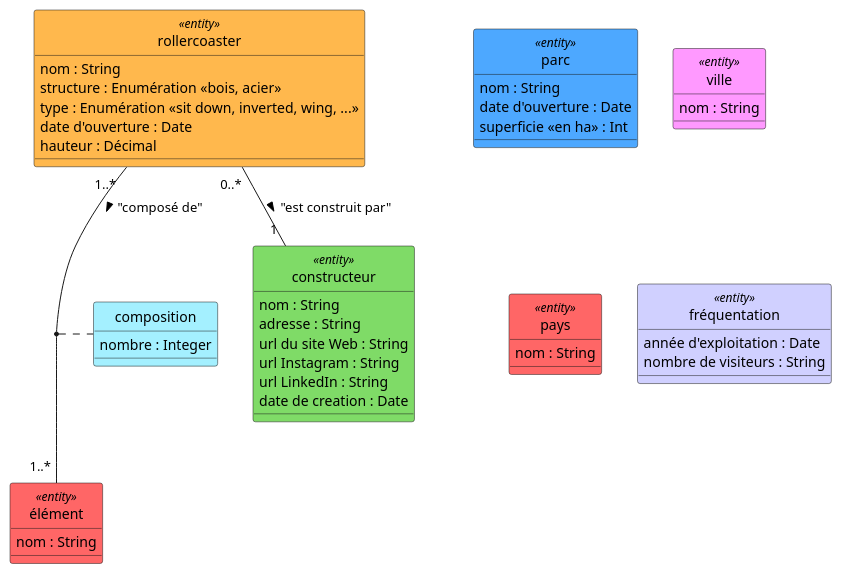
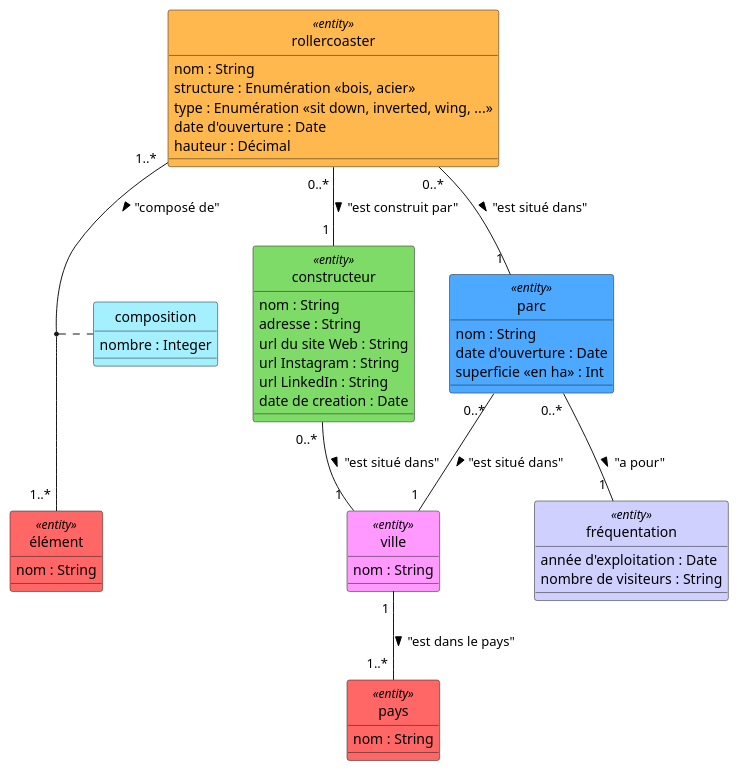
The diagram in MCD eurocoasters (A COMPLETER).puml (Neky547/ECD_Eurocoasters), drawn with PlantUML before and after one commit.

Commit message:
Relations

```diff
--- a/MCD eurocoasters (A COMPLETER).puml
+++ b/MCD eurocoasters (A COMPLETER).puml
@@ -1,85 +1,90 @@
 @startuml
 
 ' Masquer les cercles dans les classes
 hide circle 
 
 ' ---------------------------
 '   Définition des entités 
 ' ---------------------------
 
 entity "rollercoaster"  as rollercoaster <<entity>> #FFB84D {    
     nom : String
     structure : Enumération <<bois, acier>>
     type : Enumération <<sit down, inverted, wing, ...>>
     date d'ouverture : Date
     hauteur : Décimal
 }
 
 entity "constructeur" as constructeur <<entity>> #7FDB67 {    
     nom : String
     adresse : String
     url du site Web : String
     url Instagram : String
     url LinkedIn : String
     date de creation : Date
 }
 
 entity "parc" as parc <<entity>> #4DA8FF {    
     nom : String
     date d'ouverture : Date
     superficie <<en ha>> : Int
 }
 
 entity "ville" as ville <<entity>> #FF99FF {   
     nom : String
 }
 
 entity "pays" as pays <<entity>> #FF6666 {   
     nom : String
 }
 
 entity "élément" as element <<entity>> #FF6666 {    
     nom : String
 }
 
 entity "fréquentation" as frequentation <<entity>> #D0D0FF {    
     année d'exploitation : Date
     nombre de visiteurs : String
 }
 
 ' -------------------------------
 '   Associations (relations)
 ' -------------------------------
 
 ' Un constructeur PEUT NE PAS AVOIR comme PLUSIEURS de rollercoaster, mais avoir d'autres types d'attractions
 ' Un rollercoaster est obligatoirement construit par UN constructeurs.
 rollercoaster  " 0..* "--" 1 " constructeur :  "est construit par" >
 
 ' Un rollercoaster est localisé dans UN parc et un parc peut avoir AUCUN ou PLUSIEURS rollercoasters
 ' A COMPLETER LA RELATION
+rollercoaster " 0..* " -- " 1 " parc : "est situé dans" >
 
 ' Un constructeur est localisé dans UNE ville, une ville peut avoir AUCUN ou PLUSIEURS constructeurs
 ' A COMPLETER LA RELATION
+constructeur " 0..* " -- " 1 " ville : "est situé dans" >
 
 ' Un parc d'attractions est  localisé dans UNE ville, une ville peut avoir AUCUN ou PLUSIEURS parcs d'attractions
 ' A COMPLETER LA RELATION
+parc " 0..* " -- " 1 " ville : "est situé dans" >
 
 ' Un parc n'a pas encore de fréquentation avant la fin de sa 1ère année d'exploitation
 ' Ensuite un par aura PLUSIEURS fréquentations (une par année d'exploitation.)
 ' Une fréquentation est en relation avec UN parc pour UNE année.
 ' A COMPLETER LA RELATION
+parc " 0..* " -- " 1 " frequentation : "a pour" >
 
 ' Une ville à UN unique pays, un pays à UNE ou plusieurs villes
 ' A COMPLETER LA RELATION
+ville " 1 " -- " 1..* " pays : "est dans le pays" >
 
 
 ' Un rollercoaster est composé de PLUSIEURS ELEMENTS et un élément peut se trouver dans PLUSIEURS rollercosters
 ' Un élément peut également avoir un NOMBRE D'OCCURRENCES supérieur à 1 dans un rollercoaster
 rollercoaster " 1..* " -- " 1..* " element : "composé de" >
 (rollercoaster, element ) . composition
 class "composition" as composition #A4F0FF {
     nombre : Integer
 }
 
 
 @enduml
```
